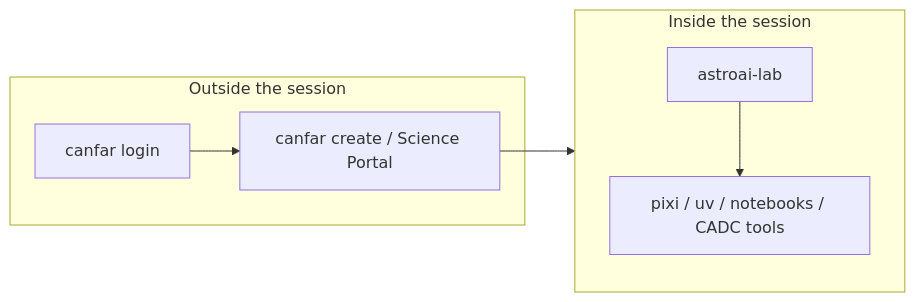
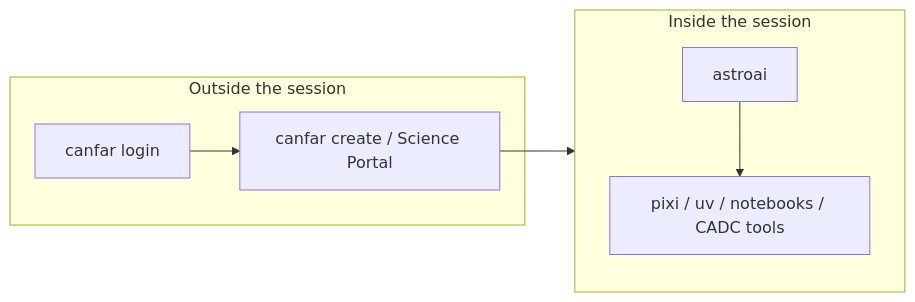
One commit to astroai/astroai-lab changed the diagram in docs/help.md. Above: the diagram before and after it, drawn with Mermaid. The commit also changed other lines of this file and 113 other files, not shown here.

````diff
--- a/docs/help.md
+++ b/docs/help.md
@@ -7,13 +7,13 @@
 ```mermaid
 flowchart LR
   subgraph outside [Outside the session]
     Login["canfar login"]
     Create["canfar create / Science Portal"]
   end
   subgraph inside [Inside the session]
-    Lab["astroai-lab"]
+    Lab["astroai"]
     Work["pixi / uv / notebooks / CADC tools"]
   end
   Login --> Create --> inside
   Lab --> Work
 ```
````
